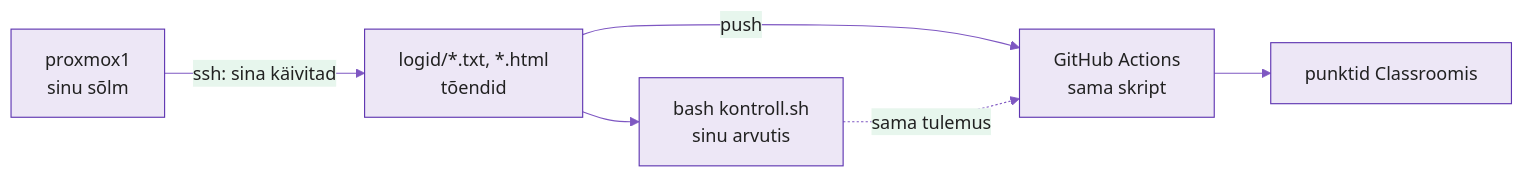
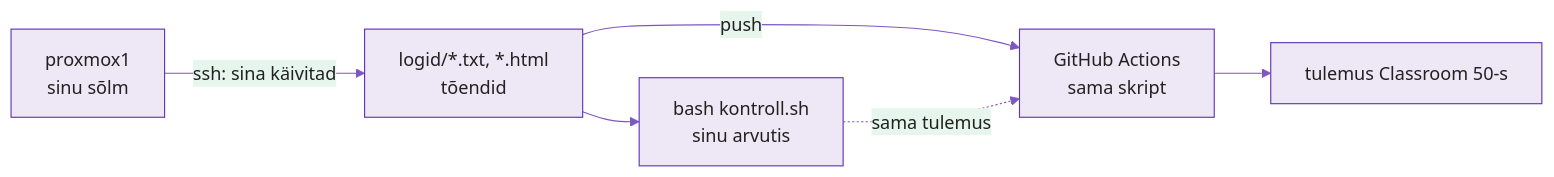
Before and after one commit to hkhk-automation/devops: diagram 11 of 11 in docs/week04/lab.md, drawn with Mermaid. The commit also changed other lines of this file and 16 other files, not shown here.

````diff
--- a/docs/week04/lab.md
+++ b/docs/week04/lab.md
@@ -855,9 +850,9 @@
 ```mermaid
 %%{init: {'theme':'base','themeVariables':{'primaryColor':'#ede7f6','primaryBorderColor':'#5e35b1','primaryTextColor':'#212121','lineColor':'#7e57c2'}}}%%
 graph LR
     N["proxmox1<br/>sinu sõlm"] -->|"ssh: sina käivitad"| T["logid/*.txt, *.html<br/>tõendid"]
     T --> A["bash kontroll.sh<br/>sinu arvutis"]
     T -->|"push"| G["GitHub Actions<br/>sama skript"]
     A -.->|"sama tulemus"| G
-    G --> S["punktid Classroomis"]
+    G --> S["tulemus Classroom 50-s"]
 ```
````
